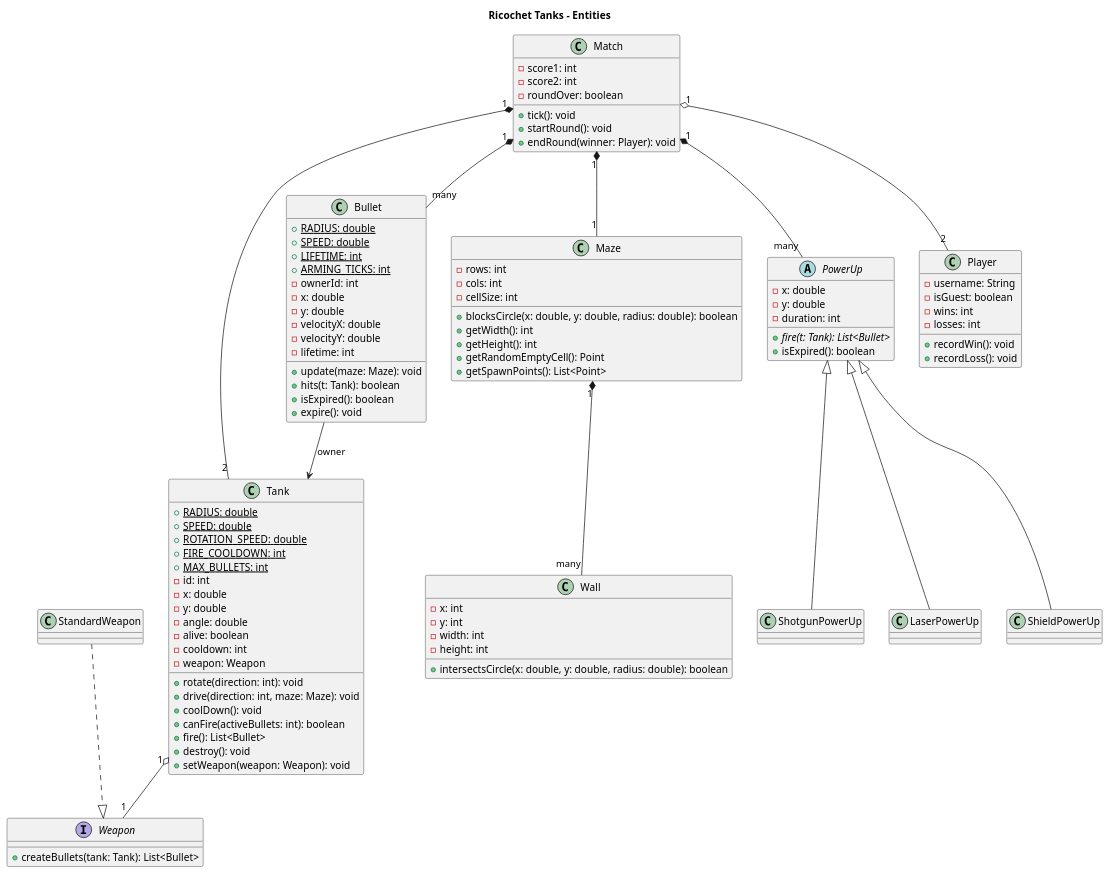
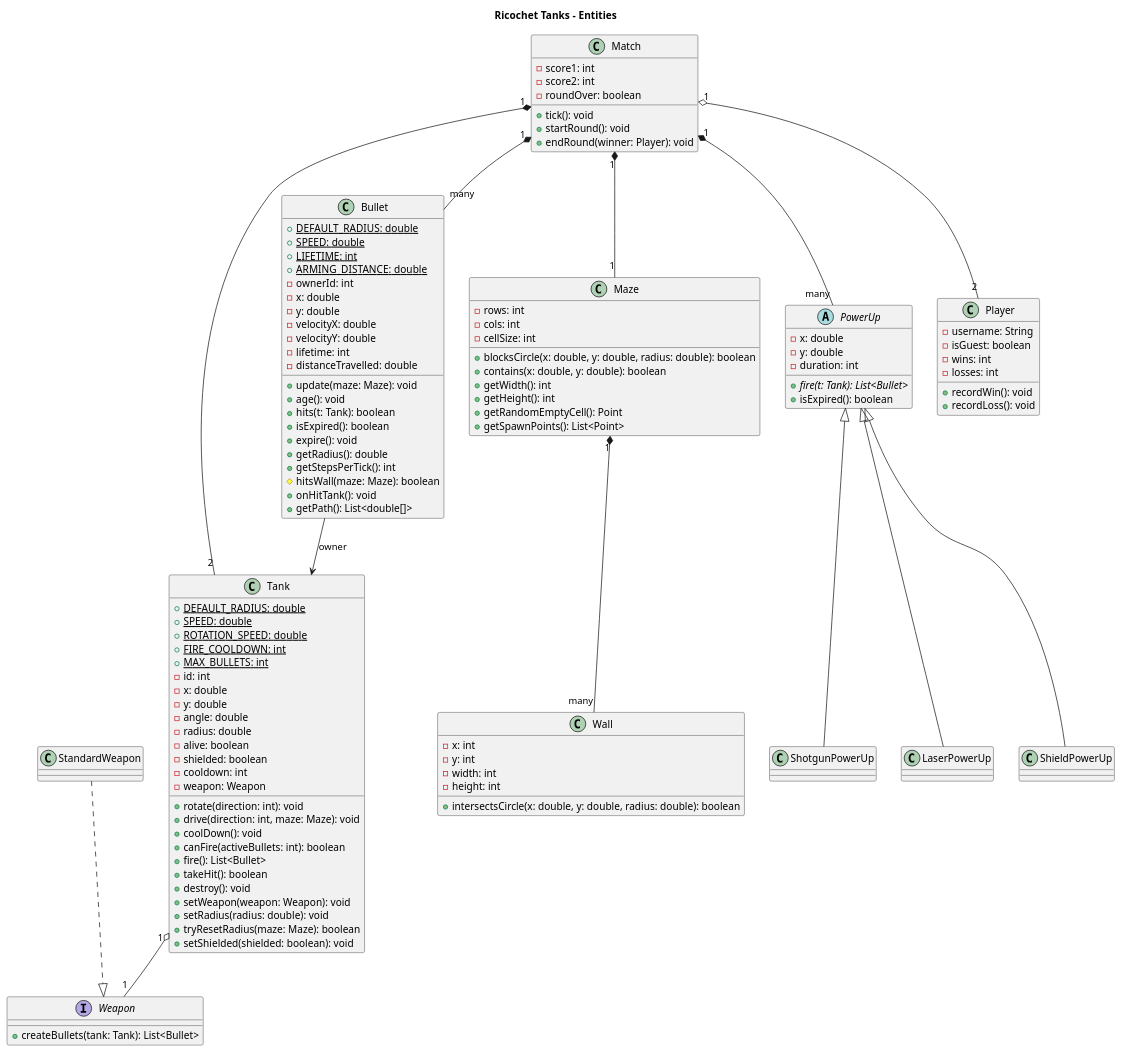
Before and after one commit to SIMBAT6/csc207-tank-game: the diagram in docs/diagrams/entities.puml, drawn with PlantUML. The commit also changed 4 other files, not shown here.

```diff
--- a/docs/diagrams/entities.puml
+++ b/docs/diagrams/entities.puml
@@ -1,112 +1,126 @@
 @startuml entities
 title Ricochet Tanks - Entities
 
 class Tank {
-  + {static} RADIUS: double
+  + {static} DEFAULT_RADIUS: double
   + {static} SPEED: double
   + {static} ROTATION_SPEED: double
   + {static} FIRE_COOLDOWN: int
   + {static} MAX_BULLETS: int
   - id: int
   - x: double
   - y: double
   - angle: double
+  - radius: double
   - alive: boolean
+  - shielded: boolean
   - cooldown: int
   - weapon: Weapon
   + rotate(direction: int): void
   + drive(direction: int, maze: Maze): void
   + coolDown(): void
   + canFire(activeBullets: int): boolean
   + fire(): List<Bullet>
+  + takeHit(): boolean
   + destroy(): void
   + setWeapon(weapon: Weapon): void
+  + setRadius(radius: double): void
+  + tryResetRadius(maze: Maze): boolean
+  + setShielded(shielded: boolean): void
 }
 
 interface Weapon {
   + createBullets(tank: Tank): List<Bullet>
 }
 
 class StandardWeapon
 
 class Bullet {
-  + {static} RADIUS: double
+  + {static} DEFAULT_RADIUS: double
   + {static} SPEED: double
   + {static} LIFETIME: int
-  + {static} ARMING_TICKS: int
+  + {static} ARMING_DISTANCE: double
   - ownerId: int
   - x: double
   - y: double
   - velocityX: double
   - velocityY: double
   - lifetime: int
+  - distanceTravelled: double
   + update(maze: Maze): void
+  + age(): void
   + hits(t: Tank): boolean
   + isExpired(): boolean
   + expire(): void
+  + getRadius(): double
+  + getStepsPerTick(): int
+  # hitsWall(maze: Maze): boolean
+  + onHitTank(): void
+  + getPath(): List<double[]>
 }
 
 class Maze {
   - rows: int
   - cols: int
   - cellSize: int
   + blocksCircle(x: double, y: double, radius: double): boolean
+  + contains(x: double, y: double): boolean
   + getWidth(): int
   + getHeight(): int
   + getRandomEmptyCell(): Point
   + getSpawnPoints(): List<Point>
 }
 
 class Wall {
   - x: int
   - y: int
   - width: int
   - height: int
   + intersectsCircle(x: double, y: double, radius: double): boolean
 }
 
 abstract class PowerUp {
   - x: double
   - y: double
   - duration: int
   + {abstract} fire(t: Tank): List<Bullet>
   + isExpired(): boolean
 }
 
 class ShotgunPowerUp
 class LaserPowerUp
 class ShieldPowerUp
 
 class Player {
   - username: String
   - isGuest: boolean
   - wins: int
   - losses: int
   + recordWin(): void
   + recordLoss(): void
 }
 
 class Match {
   - score1: int
   - score2: int
   - roundOver: boolean
   + tick(): void
   + startRound(): void
   + endRound(winner: Player): void
 }
 
 PowerUp <|-- ShotgunPowerUp
 PowerUp <|-- LaserPowerUp
 PowerUp <|-- ShieldPowerUp
 
 Maze "1" *-- "many" Wall
 Match "1" o-- "2" Player
 Match "1" *-- "2" Tank
 Match "1" *-- "1" Maze
 Match "1" *-- "many" Bullet
 Match "1" *-- "many" PowerUp
 Tank "1" o-- "1" Weapon
 StandardWeapon ..|> Weapon
 Bullet --> Tank : owner
 
 @enduml
```
